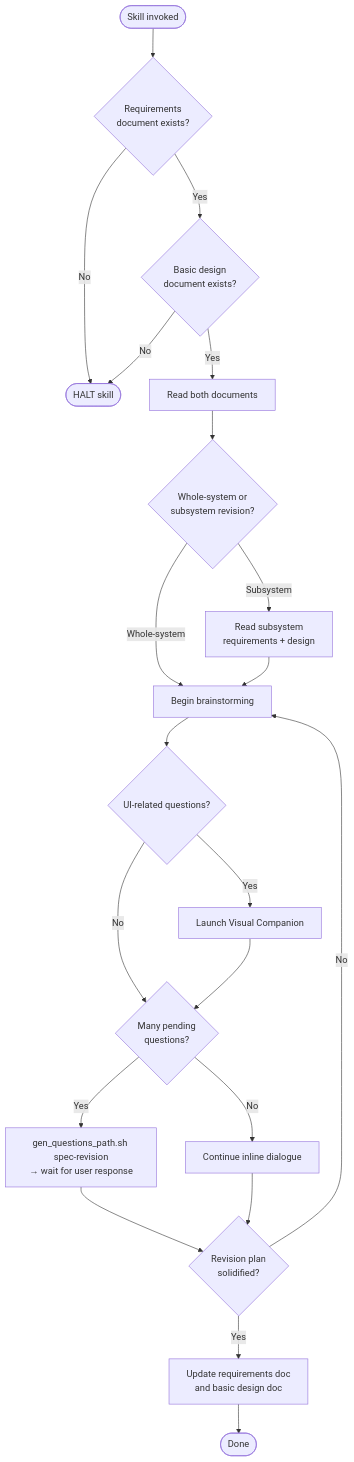
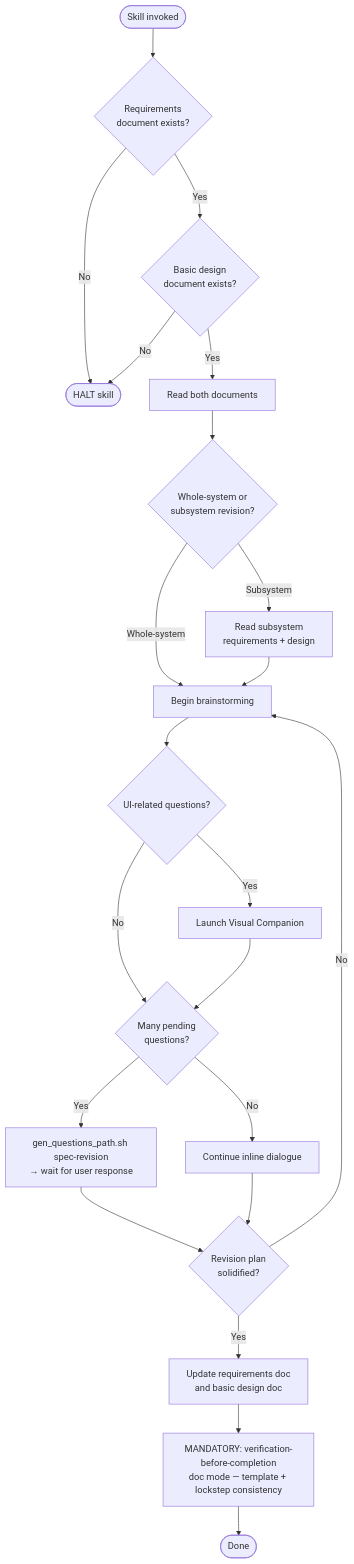
One commit to wintermaples/spec-coexist changed the diagram in .claude/skills/revising-spec/SKILL.md. Above: the diagram before and after it, drawn with Mermaid. The commit also changed other lines of this file and 6 other files, not shown here.

First line of the commit message:
Add verification-before-completion skill and wire it as a MUST gate

````diff
--- a/.claude/skills/revising-spec/SKILL.md
+++ b/.claude/skills/revising-spec/SKILL.md
@@ -42,26 +43,27 @@
 ```mermaid
 flowchart TD
     Start([Skill invoked]) --> Q1{Requirements<br/>document exists?}
     Q1 -- No --> Stop([HALT skill])
     Q1 -- Yes --> Q2{Basic design<br/>document exists?}
     Q2 -- No --> Stop
     Q2 -- Yes --> R[Read both documents]
     R --> Q3{Whole-system or<br/>subsystem revision?}
     Q3 -- Subsystem --> S1[Read subsystem<br/>requirements + design]
     Q3 -- Whole-system --> BS
     S1 --> BS
     BS[Begin brainstorming]
     BS --> VC{UI-related questions?}
     VC -- Yes --> VCStart[Launch Visual Companion]
     VC -- No --> QCount
     VCStart --> QCount
     QCount{Many pending<br/>questions?}
     QCount -- Yes --> WriteQ[gen_questions_path.sh spec-revision<br/>→ wait for user response]
     QCount -- No --> Continue[Continue inline dialogue]
     WriteQ --> Clear
     Continue --> Clear
     Clear{Revision plan<br/>solidified?}
     Clear -- No --> BS
     Clear -- Yes --> Write[Update requirements doc<br/>and basic design doc]
-    Write --> End([Done])
+    Write --> Verify[MANDATORY: verification-before-completion<br/>doc mode — template + lockstep consistency]
+    Verify --> End([Done])
 ```
````
